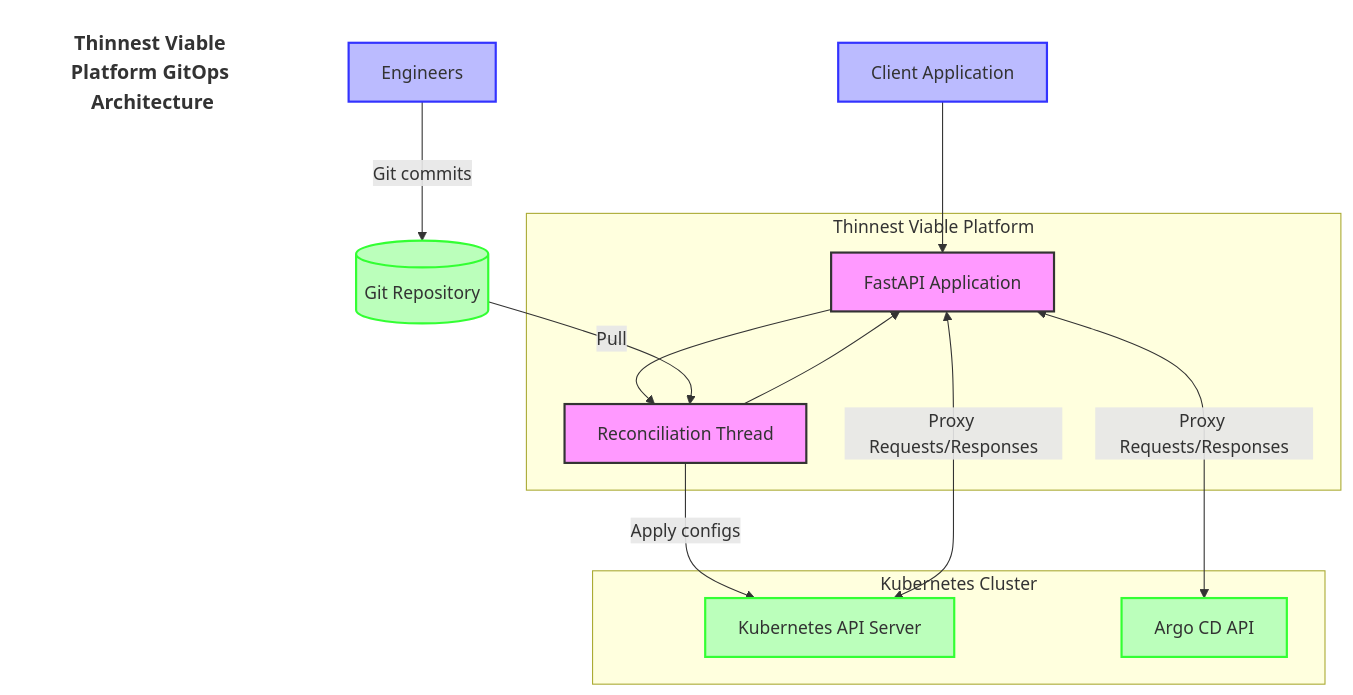
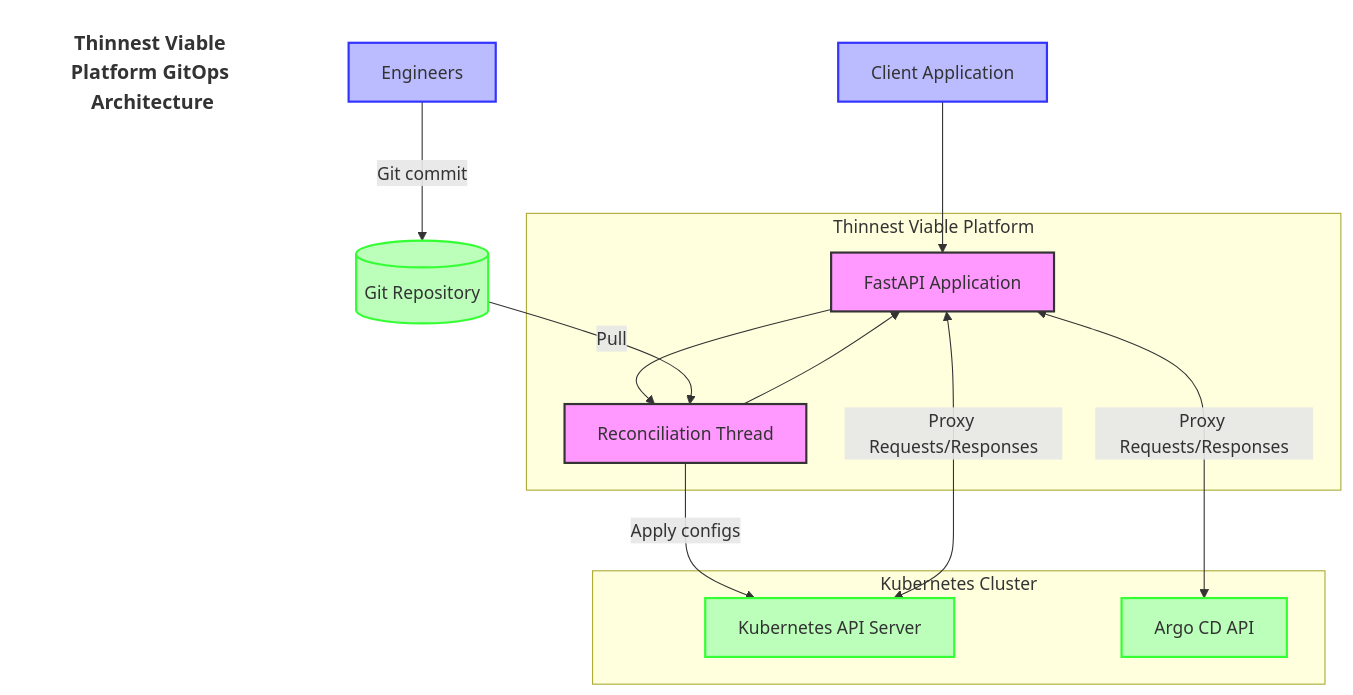
One commit to lloydchang/tvp-k8s changed the first of 11 diagrams in README.md. Above: the diagram before and after it, drawn with Mermaid.

````diff
--- a/README.md
+++ b/README.md
@@ -316,33 +316,33 @@
 ```mermaid
 flowchart TB
     title[Thinnest Viable Platform GitOps Architecture]
     style title fill:none,stroke:none,font-size:18px,font-weight:bold
     subgraph "Thinnest Viable Platform"
         API[FastAPI Application]
         RT[Reconciliation Thread]
         
         API --> RT
         RT --> API
     end
     
-    Eng[Engineers] -->|Git commits| GitRepo[(Git Repository)]
+    Eng[Engineers] -->|Git commit| GitRepo[(Git Repository)]
     GitRepo -->|Pull| RT
     RT -->|Apply configs| KubernetesAPI
     
     subgraph "Kubernetes Cluster"
         KubernetesAPI[Kubernetes API Server]
         ArgoCD[Argo CD API]
     end
     
     Client[Client Application] --> API
     API <-->|Proxy Requests/Responses| KubernetesAPI
     API <-->|Proxy Requests/Responses| ArgoCD
     
     classDef platform fill:#f9f,stroke:#333,stroke-width:2px
     classDef external fill:#bfb,stroke:#3f3,stroke-width:2px
     classDef user fill:#bbf,stroke:#33f,stroke-width:2px
     
     class API,RT platform
     class KubernetesAPI,ArgoCD,GitRepo external
     class Eng,Client user
 ```
````
